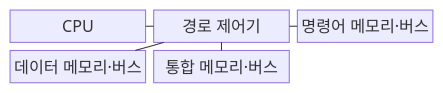
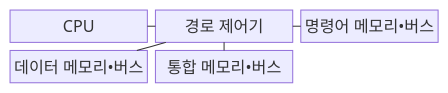
The first of 2 diagrams in src/content/docs/notes/02-hardware/001_von_neumann_vs_harvard.md (agnusdei1207/knowledge-base), drawn with Mermaid before and after one commit. The commit also changed other lines of this file and 953 other files, not shown here.

````diff
--- a/src/content/docs/notes/02-hardware/001_von_neumann_vs_harvard.md
+++ b/src/content/docs/notes/02-hardware/001_von_neumann_vs_harvard.md
@@ -71,8 +71,8 @@
 ```mermaid
 block
     columns 3
     C["CPU"] --- P["경로 제어기"]
-    P --- I["명령어 메모리·버스"]
-    P --- D["데이터 메모리·버스"]
-    P --- M["통합 메모리·버스"]
+    P --- I["명령어 메모리•버스"]
+    P --- D["데이터 메모리•버스"]
+    P --- M["통합 메모리•버스"]
 ```
````
